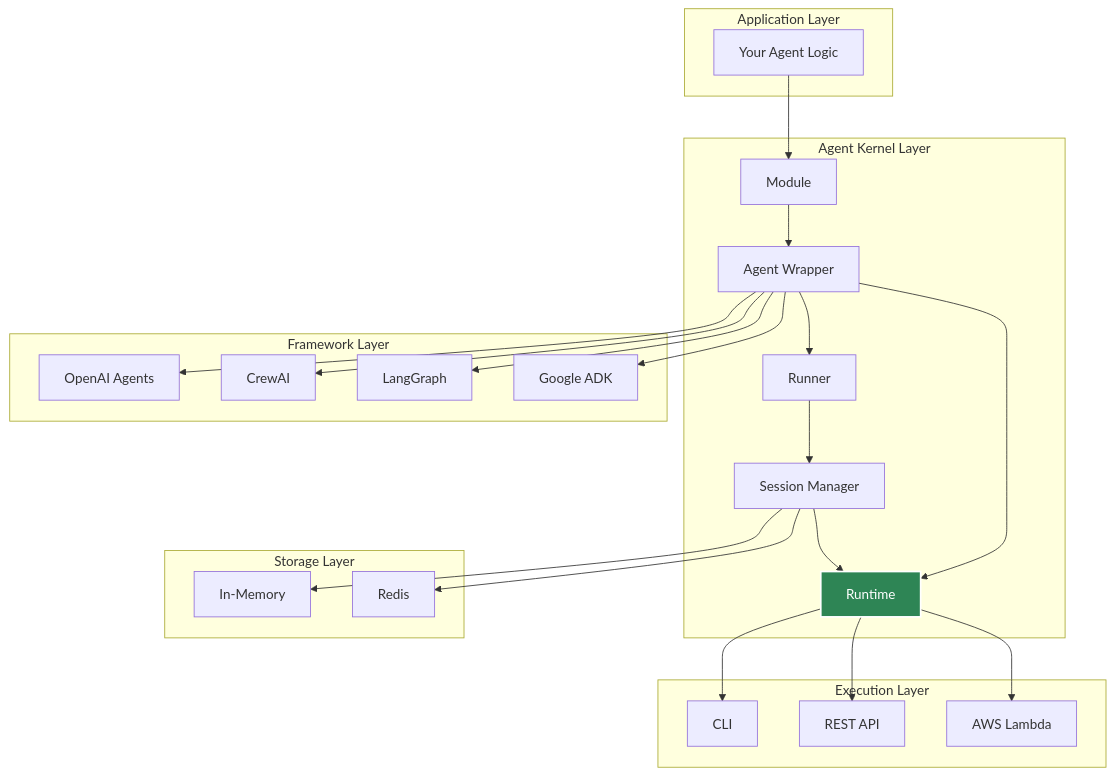
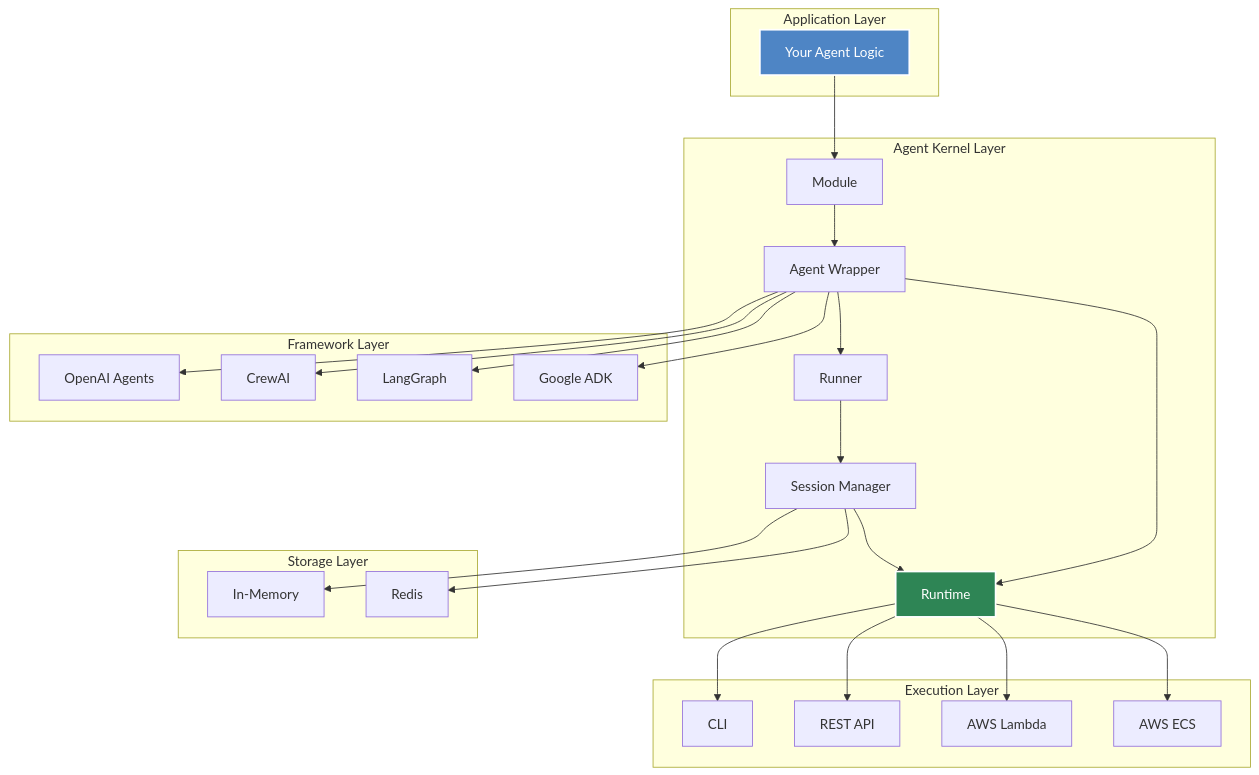
One commit to yaalalabs/agent-kernel changed the first of 2 diagrams in docs/docs/architecture/overview.md. Above: the diagram before and after it, drawn with Mermaid.

Commit message:
diaram updated

````diff
--- a/docs/docs/architecture/overview.md
+++ b/docs/docs/architecture/overview.md
@@ -11,53 +11,56 @@
 ```mermaid
 graph TB
     subgraph "Application Layer"
         A[Your Agent Logic]
     end
     
     subgraph "Agent Kernel Layer"
         B[Module]
         C[Agent Wrapper]
         D[Runner]
         E[Session Manager]
         F[Runtime]
     end
     
     subgraph "Framework Layer"
         G[OpenAI Agents]
         H[CrewAI]
         I[LangGraph]
         J[Google ADK]
     end
     
     subgraph "Storage Layer"
         K[In-Memory]
         L[Redis]
     end
     
     subgraph "Execution Layer"
         O[CLI]
         P[REST API]
         Q[AWS Lambda]
+        R[AWS ECS]
     end
     
     A --> B
     B --> C
     C --> D
     D --> E
     C --> F
     E --> F
     
     C --> G
     C --> H
     C --> I
     C --> J
     
     E --> K
     E --> L
     
     F --> O
     F --> P
     F --> Q
-    
+    F --> R
+
+    style A fill:#4e85c5,stroke:#fff,stroke-width:2px,color:#fff    
     style F fill:#2e8555,stroke:#fff,stroke-width:2px,color:#fff
 ```
````
